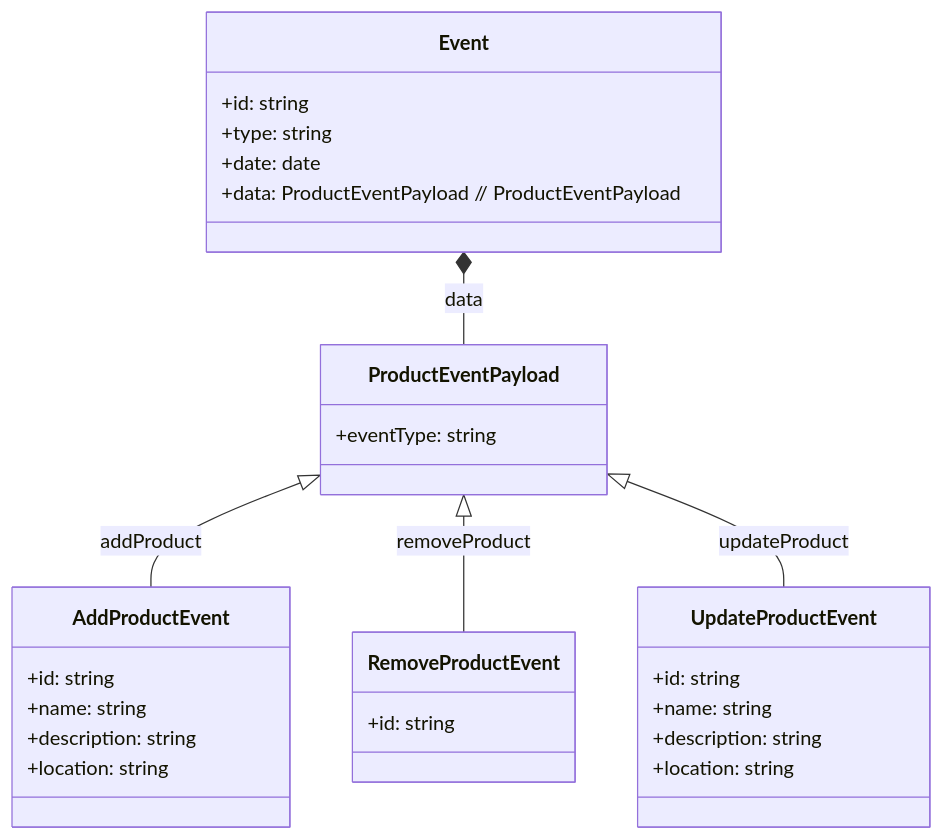
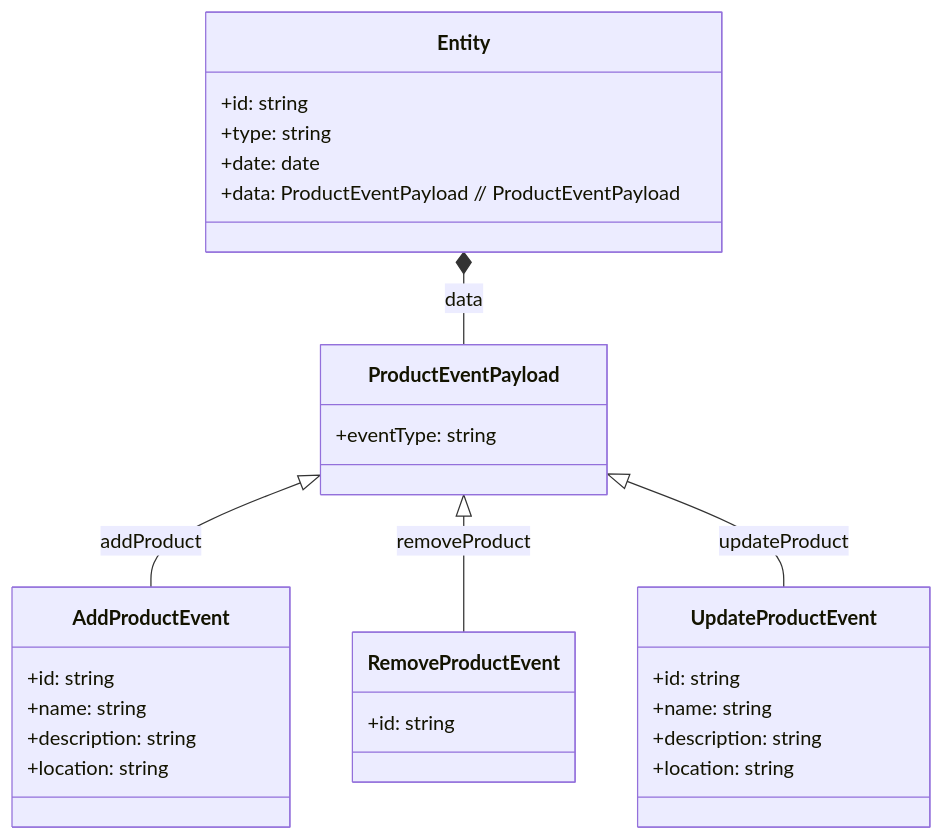
Before and after one commit to kothar/zod-mermaid: diagram 12 of 16 in examples/mermaid-examples.md, drawn with Mermaid. The commit also changed other lines of this file and 2 other files, not shown here.

First line of the commit message:
refactor: Update entity references in Mermaid examples and improve schema metadata handling

````diff
--- a/examples/mermaid-examples.md
+++ b/examples/mermaid-examples.md
@@ -274,31 +274,31 @@
 ```mermaid
 classDiagram
-    class Event {
+    class Entity {
         +id: string
         +type: string
         +date: date
         +data: ProductEventPayload // ProductEventPayload
     }
     class ProductEventPayload {
         +eventType: string
     }
     class AddProductEvent {
         +id: string
         +name: string
         +description: string
         +location: string
     }
     class RemoveProductEvent {
         +id: string
     }
     class UpdateProductEvent {
         +id: string
         +name: string
         +description: string
         +location: string
     }
-    Event *-- ProductEventPayload : data
+    Entity *-- ProductEventPayload : data
     ProductEventPayload <|-- AddProductEvent : addProduct
     ProductEventPayload <|-- RemoveProductEvent : removeProduct
     ProductEventPayload <|-- UpdateProductEvent : updateProduct
 ```
````
